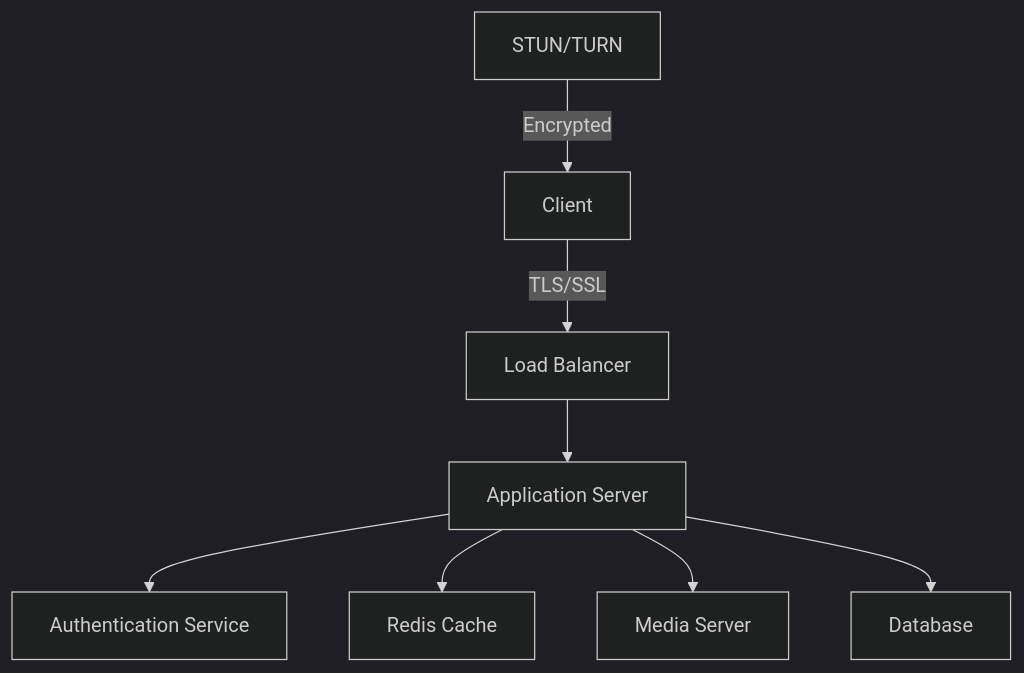
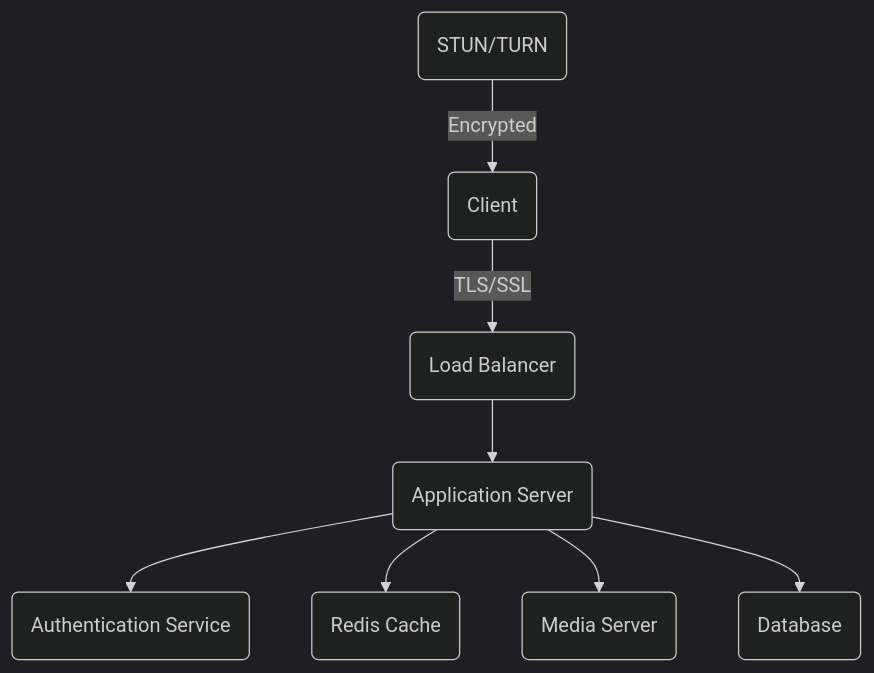
The second of 3 diagrams in README.md (Harry100KR/WebRTC), drawn with Mermaid (dark theme) before and after one commit. The commit also changed other lines of this file, not shown here.

Commit message:
fix: update remaining Mermaid diagrams for GitHub compatibility

````diff
--- a/README.md
+++ b/README.md
@@ -73,10 +73,10 @@
 ```mermaid
-graph TD
-    A[Client] -->|TLS/SSL| B[Load Balancer]
-    B --> C[Application Server]
-    C --> D[Authentication Service]
-    C --> E[Redis Cache]
-    C --> F[Media Server]
-    C --> G[Database]
-    H[STUN/TURN] -->|Encrypted| A
+flowchart TD
+    A(Client) -->|TLS/SSL| B(Load Balancer)
+    B --> C(Application Server)
+    C --> D(Authentication Service)
+    C --> E(Redis Cache)
+    C --> F(Media Server)
+    C --> G(Database)
+    H(STUN/TURN) -->|Encrypted| A
 ```
````
